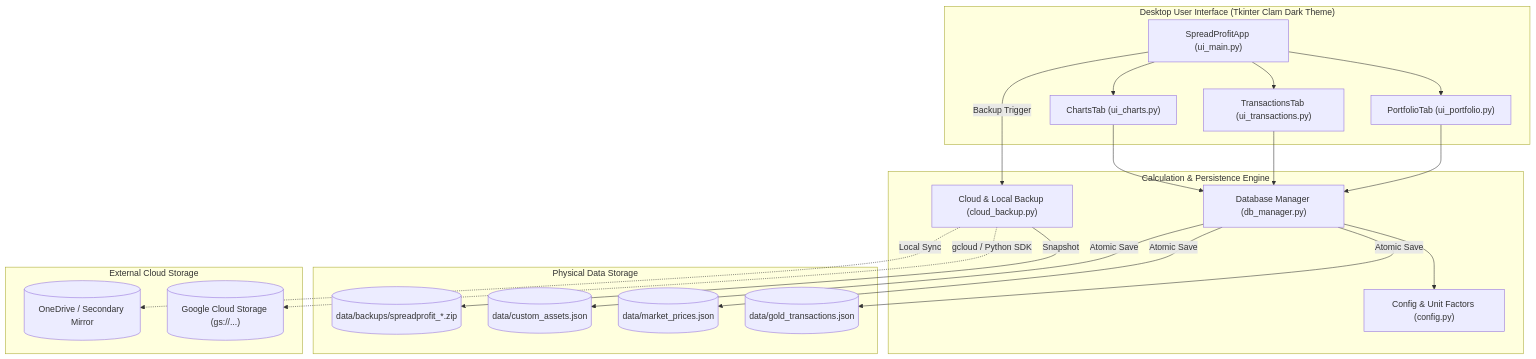
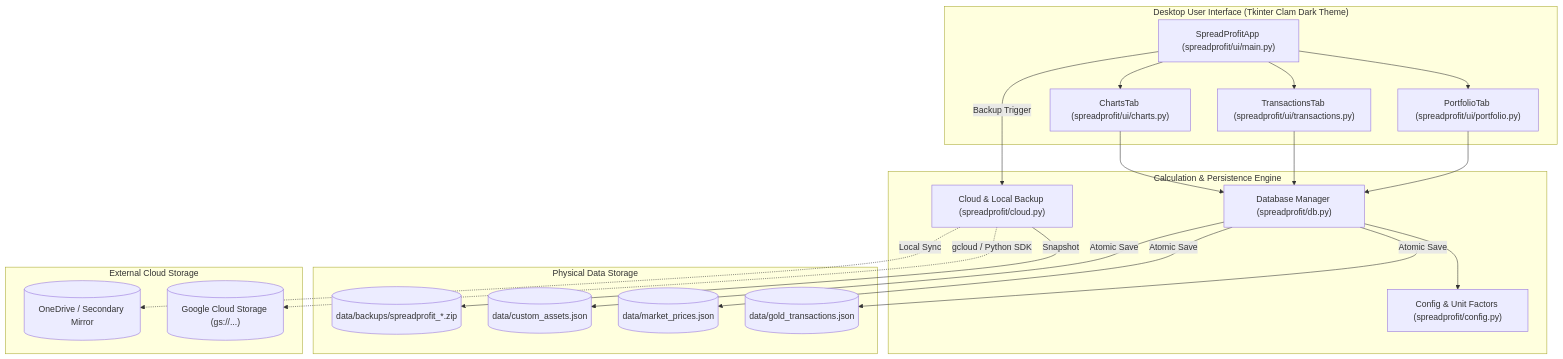
Before and after one commit to thichankem/spreadProfit: the diagram in README.md, drawn with Mermaid. The commit also changed other lines of this file and 19 other files, not shown here.

````diff
--- a/README.md
+++ b/README.md
@@ -70,38 +70,38 @@
 ```mermaid
 flowchart TD
     subgraph UI ["Desktop User Interface (Tkinter Clam Dark Theme)"]
-        A["SpreadProfitApp (ui_main.py)"]
-        T1["PortfolioTab (ui_portfolio.py)"]
-        T2["TransactionsTab (ui_transactions.py)"]
-        T3["ChartsTab (ui_charts.py)"]
+        A["SpreadProfitApp (spreadprofit/ui/main.py)"]
+        T1["PortfolioTab (spreadprofit/ui/portfolio.py)"]
+        T2["TransactionsTab (spreadprofit/ui/transactions.py)"]
+        T3["ChartsTab (spreadprofit/ui/charts.py)"]
         A --> T1
         A --> T2
         A --> T3
     end
 
     subgraph Core ["Calculation & Persistence Engine"]
-        DB["Database Manager (db_manager.py)"]
-        CFG["Config & Unit Factors (config.py)"]
-        BK["Cloud & Local Backup (cloud_backup.py)"]
+        DB["Database Manager (spreadprofit/db.py)"]
+        CFG["Config & Unit Factors (spreadprofit/config.py)"]
+        BK["Cloud & Local Backup (spreadprofit/cloud.py)"]
     end
 
     subgraph Storage ["Physical Data Storage"]
         J1[("data/gold_transactions.json")]
         J2[("data/market_prices.json")]
         J3[("data/custom_assets.json")]
         ZIP[("data/backups/spreadprofit_*.zip")]
     end
 
     subgraph Cloud ["External Cloud Storage"]
         GCS[("Google Cloud Storage (gs://...)")]
         OD[("OneDrive / Secondary Mirror")]
     end
 
     T1 & T2 & T3 --> DB
     DB --> CFG
     DB -- "Atomic Save" --> J1 & J2 & J3
     A -- "Backup Trigger" --> BK
     BK -- "Snapshot" --> ZIP
     BK -. "gcloud / Python SDK" .-> GCS
     BK -. "Local Sync" .-> OD
 ```
````
